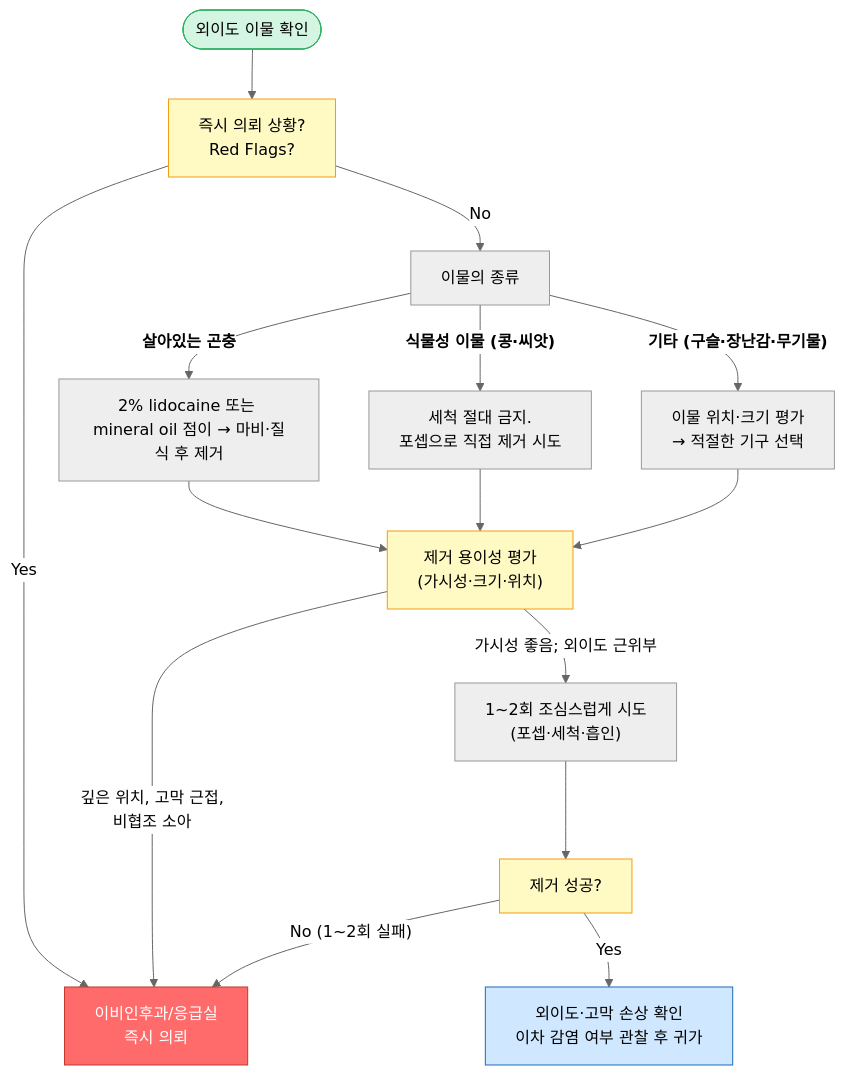
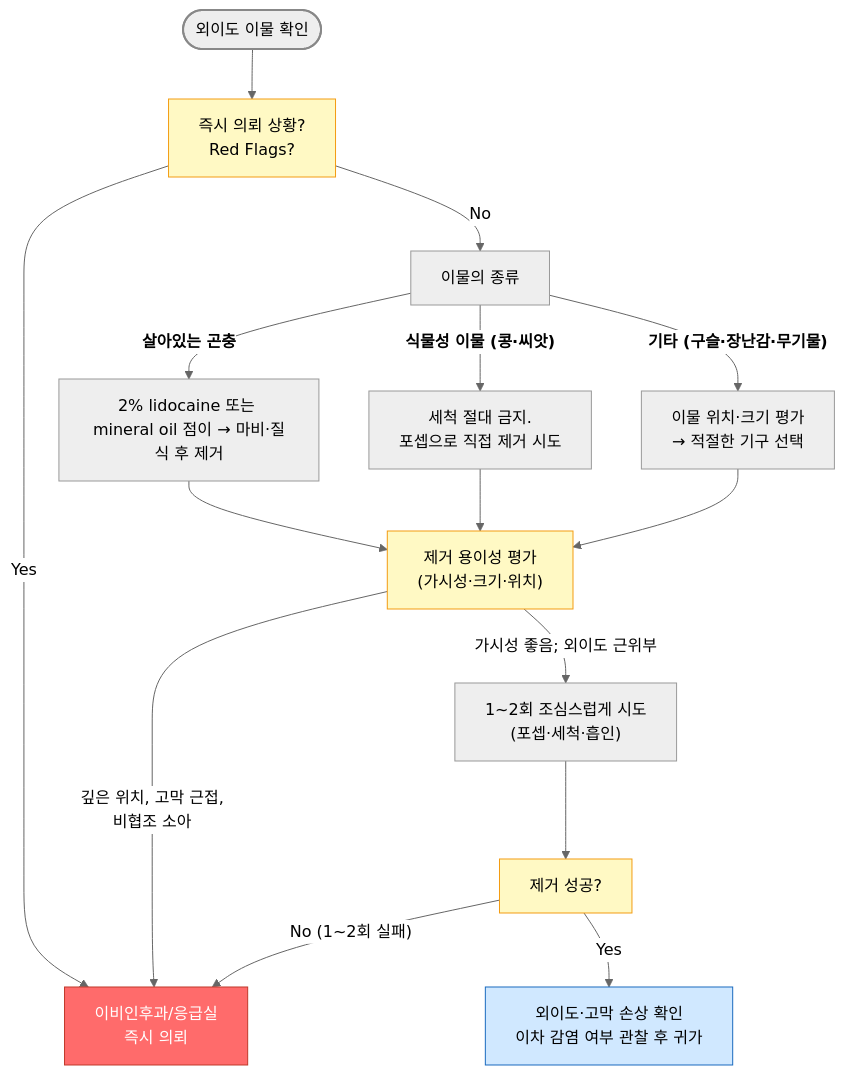
One commit to familyoh77/familyoh77 changed the second of 3 diagrams in 222_/049_-ear-injury.md. Above: the diagram before and after it, drawn with Mermaid (neutral theme). The commit also changed other lines of this file, not shown here.

````diff
--- a/222_/049_-ear-injury.md
+++ b/222_/049_-ear-injury.md
@@ -205,30 +206,30 @@
 ```mermaid
 graph TD
     Start(["외이도 이물 확인"]) --> RedFlags["즉시 의뢰 상황? <br> Red Flags?"]
 
     RedFlags -- "Yes" --> Refer["이비인후과/응급실 <br> 즉시 의뢰"]
     RedFlags -- "No" --> FBType["이물의 종류"]
 
     FBType -- "<b>살아있는 곤충</b>" --> Insect["2% lidocaine 또는 mineral oil 점이 → 마비·질식 후 제거"]
     FBType -- "<b>식물성 이물 (콩·씨앗)</b>" --> Vegetable["세척 절대 금지. <br>포셉으로 직접 제거 시도"]
     FBType -- "<b>기타 (구슬·장난감·무기물)</b>" --> General["이물 위치·크기 평가<br>→ 적절한 기구 선택"]
 
     Insect --> Attempt["제거 용이성 평가<br>(가시성·크기·위치)"]
     Vegetable --> Attempt
     General --> Attempt
 
     Attempt -- "가시성 좋음; 외이도 근위부" --> Procedure["1~2회 조심스럽게 시도<br>(포셉·세척·흡인)"]
     Attempt -- "깊은 위치, 고막 근접,
     비협조 소아" --> Refer
 
     Procedure --> Success["제거 성공?"]
     Success -- "No (1~2회 실패)" --> Refer
     Success -- "Yes" --> FollowUp["외이도·고막 손상 확인<br>이차 감염 여부 관찰 후 귀가"]
 
-    style Start fill:#d5f5e3,stroke:#27ae60
+    style Start fill:#eeeeee,stroke:#888888,stroke-width:2px
     classDef yellow fill:#fff9c4,stroke:#f39c12
     class RedFlags,Success,Attempt yellow
 
     style Refer fill:#ff6b6b,stroke:#c0392b,color:#fff
     style FollowUp fill:#d0e8ff,stroke:#1a6abf
 ```
````
